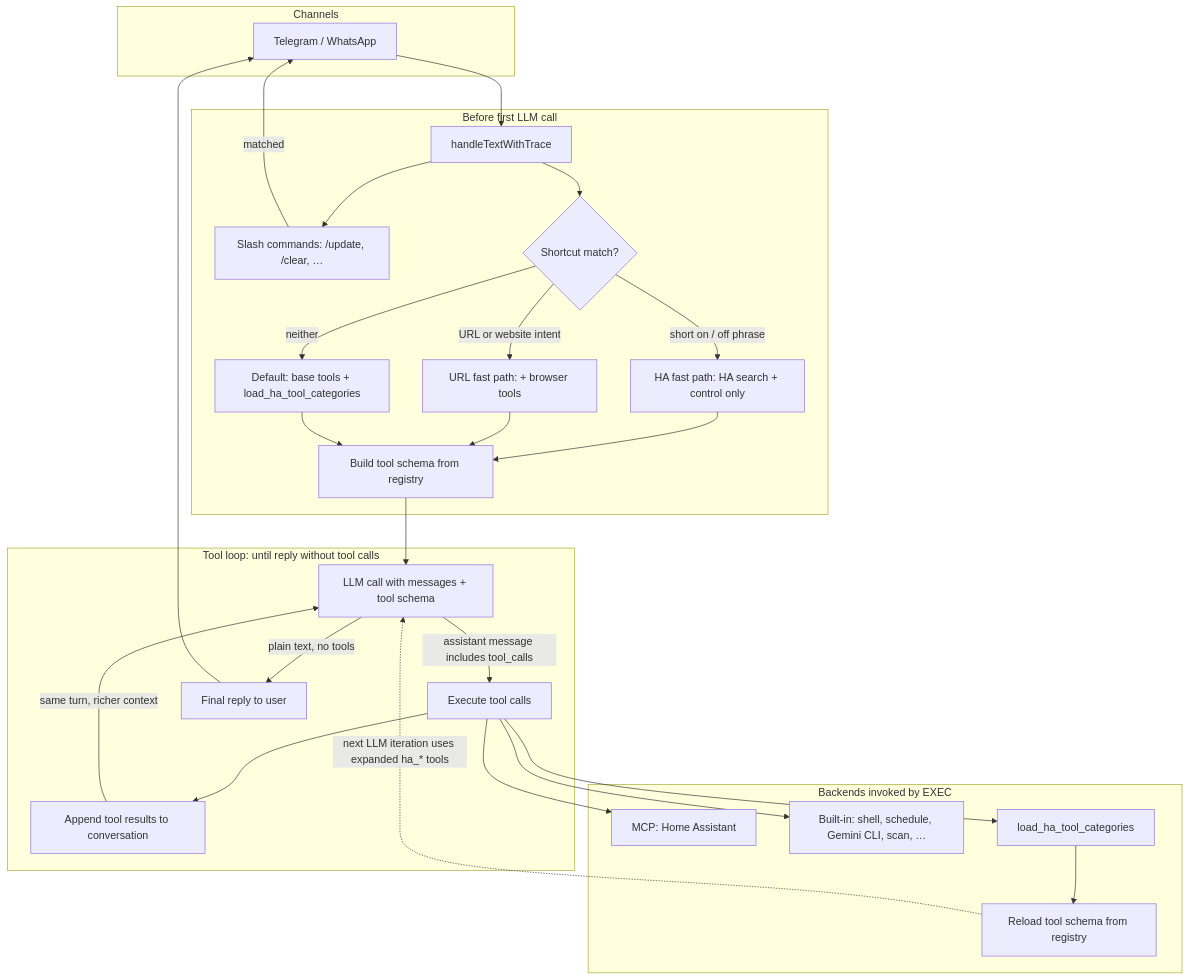
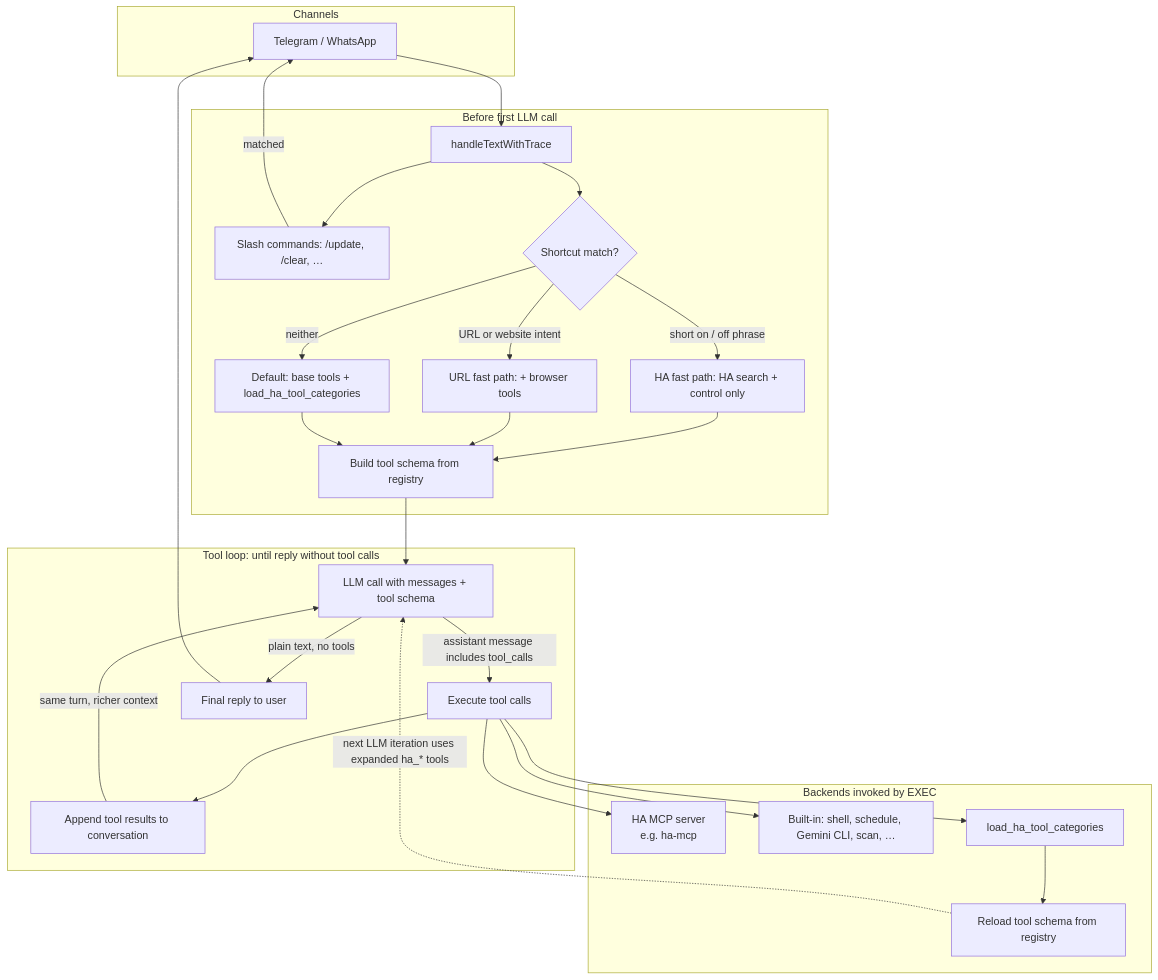
The diagram in README.md (MaikUnglert/maikBot), drawn with Mermaid before and after one commit. The commit also changed other lines of this file, not shown here.

Commit message:
README: surface ha-mcp GitHub URL in intro, diagram note, .env essentials

````diff
--- a/README.md
+++ b/README.md
@@ -13,53 +13,53 @@
 ```mermaid
 flowchart TB
   subgraph channels [Channels]
     TG[Telegram / WhatsApp]
   end
 
   subgraph entry [Before first LLM call]
     H[handleTextWithTrace]
     SL[Slash commands: /update, /clear, …]
     RT{Shortcut match?}
     HAFP[HA fast path: HA search + control only]
     URLFP[URL fast path: + browser tools]
     DEF[Default: base tools + load_ha_tool_categories]
     REG[Build tool schema from registry]
   end
 
   subgraph loop [Tool loop: until reply without tool calls]
     LLM[LLM call with messages + tool schema]
     EXEC[Execute tool calls]
     APP[Append tool results to conversation]
     LLM -->|assistant message includes tool_calls| EXEC
     EXEC --> APP
     APP -->|same turn, richer context| LLM
     LLM -->|plain text, no tools| OUT[Final reply to user]
   end
 
   subgraph backends [Backends invoked by EXEC]
-    MCP[MCP: Home Assistant]
+    MCP[HA MCP server<br/>e.g. ha-mcp]
     EXT[Built-in: shell, schedule, Gemini CLI, scan, …]
     LHA[load_ha_tool_categories]
     RLD[Reload tool schema from registry]
   end
 
   TG --> H
   H --> SL
   SL -->|matched| TG
   H --> RT
   RT -->|short on / off phrase| HAFP
   RT -->|URL or website intent| URLFP
   RT -->|neither| DEF
   HAFP --> REG
   URLFP --> REG
   DEF --> REG
   REG --> LLM
 
   EXEC --> MCP
   EXEC --> EXT
   EXEC --> LHA
   LHA --> RLD
   RLD -.->|next LLM iteration uses expanded ha_* tools| LLM
 
   OUT --> TG
 ```
````
